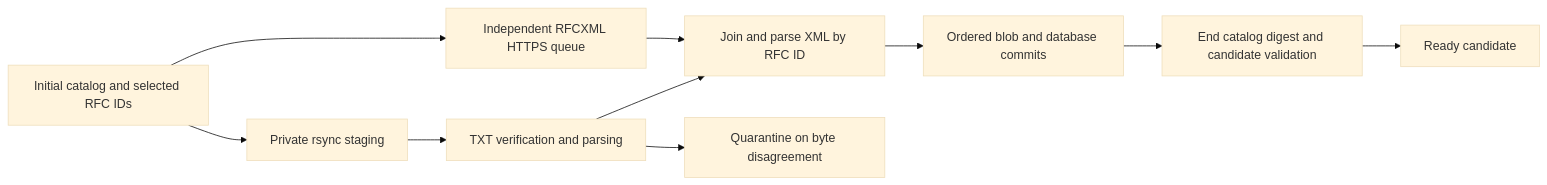
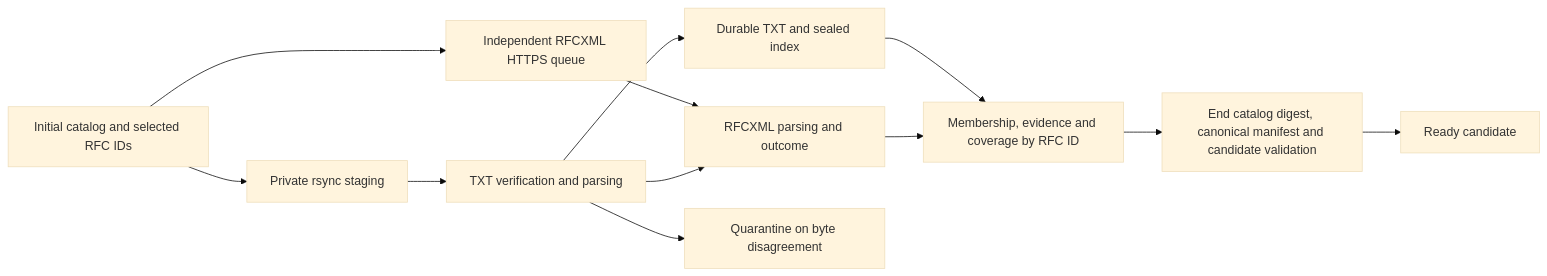
The first of 2 diagrams in docs/ingestion.md (PublicData-stream/rfc-mcp-docker), drawn with Mermaid (base theme) before and after one commit. The commit also changed other lines of this file and 5 other files, not shown here.

````diff
--- a/docs/ingestion.md
+++ b/docs/ingestion.md
@@ -45,12 +45,14 @@
 ```mermaid
 flowchart LR
     A[Initial catalog and selected RFC IDs] --> B[Private rsync staging]
     B --> C[TXT verification and parsing]
     A --> D[Independent RFCXML HTTPS queue]
-    C --> J[Join and parse XML by RFC ID]
-    D --> J
-    J --> E[Ordered blob and database commits]
-    E --> F[End catalog digest and candidate validation]
+    C --> T[Durable TXT and sealed index]
+    D --> X[RFCXML parsing and outcome]
+    C --> X
+    T --> E[Membership, evidence and coverage by RFC ID]
+    X --> E
+    E --> F[End catalog digest, canonical manifest and candidate validation]
     F --> G[Ready candidate]
     C --> H[Quarantine on byte disagreement]
 ```
````
